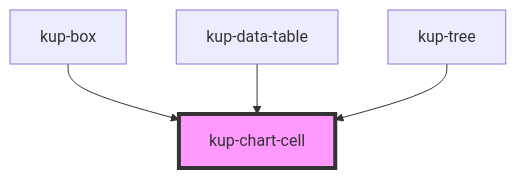
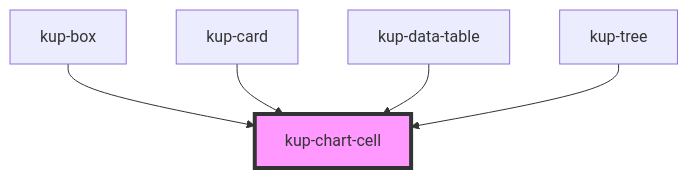
The diagram in packages/ketchup/src/components/kup-chart-cell/readme.md (smeup/ketchup), drawn with Mermaid before and after one commit. The commit also changed other lines of this file and 6 other files, not shown here.

Commit message:
[temp] Swapped kup-chart with kup-chart-cell in card layout 9-10 .

````diff
--- a/packages/ketchup/src/components/kup-chart-cell/readme.md
+++ b/packages/ketchup/src/components/kup-chart-cell/readme.md
@@ -25,7 +26,8 @@
 ```mermaid
 graph TD;
   kup-box --> kup-chart-cell
+  kup-card --> kup-chart-cell
   kup-data-table --> kup-chart-cell
   kup-tree --> kup-chart-cell
   style kup-chart-cell fill:#f9f,stroke:#333,stroke-width:4px
 ```
````
